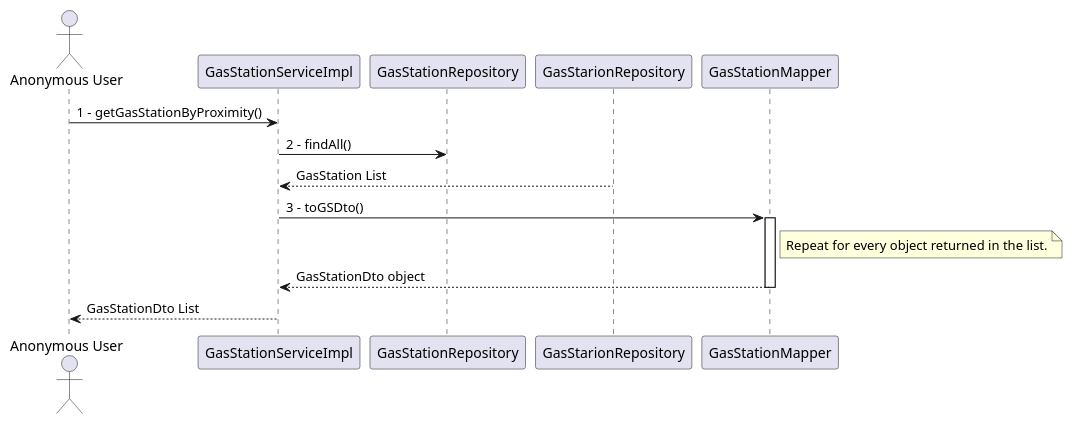
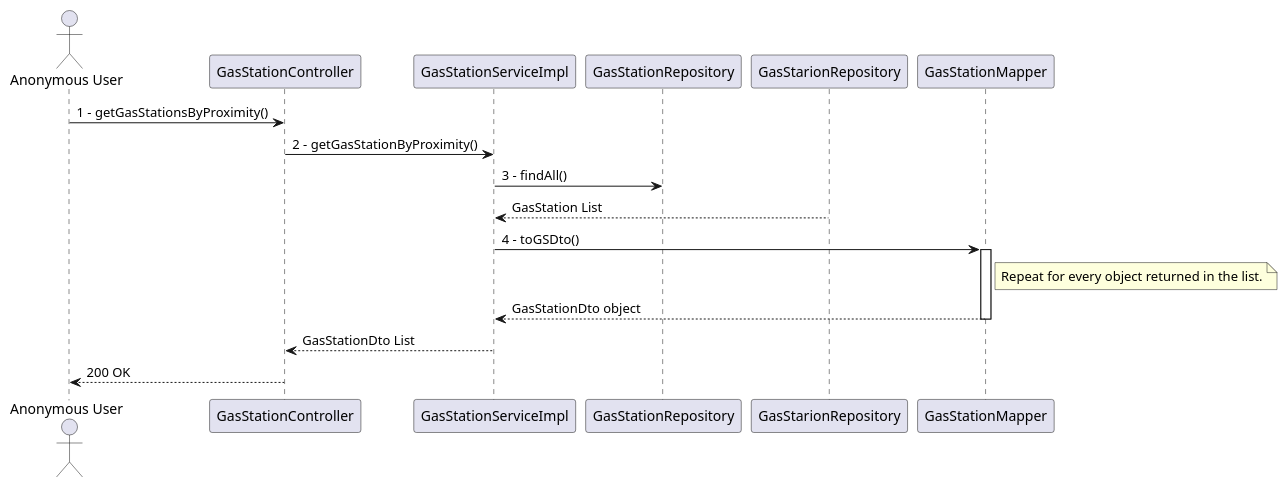
Before and after one commit to polito-se2-2020-team6/ezgas: diagram 12 of 15 in docs/DesignDocument.md, drawn with PlantUML. The commit also changed other lines of this file, not shown here.

Commit message:
docs: revised sequence diagrams

````diff
--- a/docs/DesignDocument.md
+++ b/docs/DesignDocument.md
@@ -571,14 +580,16 @@
 ```plantuml
 @startuml
 Actor "Anonymous User" as u
-u -> GasStationServiceImpl :1 - getGasStationByProximity()
-GasStationServiceImpl -> GasStationRepository :2 - findAll()
+u -> GasStationController :1 - getGasStationsByProximity()
+GasStationController -> GasStationServiceImpl :2 - getGasStationByProximity()
+GasStationServiceImpl -> GasStationRepository :3 - findAll()
 GasStarionRepository --> GasStationServiceImpl :GasStation List
-GasStationServiceImpl -> GasStationMapper :3 - toGSDto()
+GasStationServiceImpl -> GasStationMapper :4 - toGSDto()
 activate GasStationMapper
 note right of GasStationMapper: Repeat for every object returned in the list.
 GasStationMapper --> GasStationServiceImpl :GasStationDto object
 deactivate GasStationMapper
-GasStationServiceImpl --> u :GasStationDto List
+GasStationServiceImpl --> GasStationController :GasStationDto List
+GasStationController --> u :200 OK
 @enduml
 ```
````
